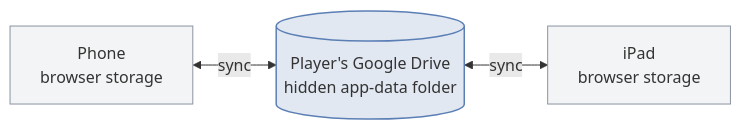
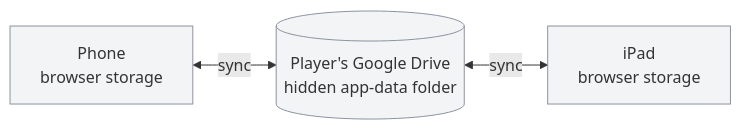
The third of 3 diagrams in README.md (codex-magica/codex-magica.github.io), drawn with Mermaid before and after one commit. The commit also changed other lines of this file and 1 other file, not shown here.

First line of the commit message:
Mermaid diagrams: one colour rule everywhere (gold in, blue out, grey steps)

````diff
--- a/README.md
+++ b/README.md
@@ -218,9 +218,6 @@
 ```mermaid
 flowchart LR
     A["Phone<br/>browser storage"] <-->|"sync"| D[("Player's Google Drive<br/>hidden app-data folder")]
     D <-->|"sync"| B["iPad<br/>browser storage"]
     classDef default fill:#8b93a11a,stroke:#8b93a1,stroke-width:1px
-    classDef input fill:#b198692e,stroke:#b19869,stroke-width:1px
-    classDef key fill:#5b7fb52e,stroke:#5b7fb5,stroke-width:1.5px
-    class D key
 ```
````
